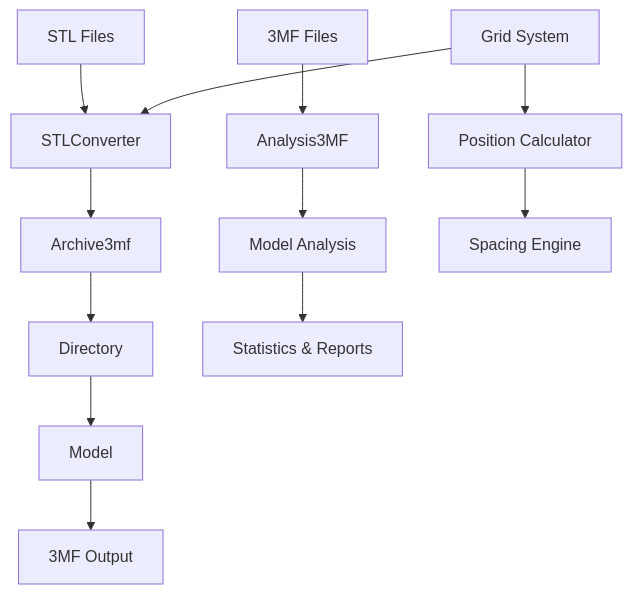
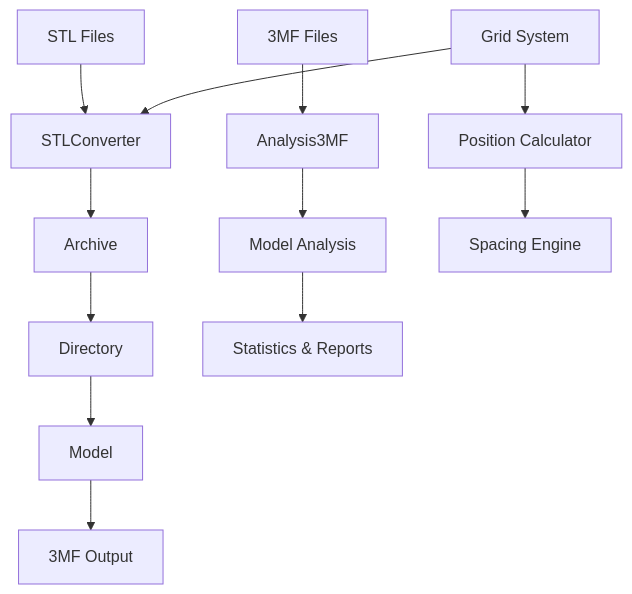
Before and after one commit to 42sol-eu/noah123d: the diagram in docs/index.md, drawn with Mermaid. The commit also changed 77 other files, not shown here.

````diff
--- a/docs/index.md
+++ b/docs/index.md
@@ -102,16 +102,16 @@
 ```mermaid
 graph TD
     A[STL Files] --> B[STLConverter]
-    B --> C[Archive3mf]
+    B --> C[Archive]
     C --> D[Directory]
     D --> E[Model]
     E --> F[3MF Output]
     
     G[3MF Files] --> H[Analysis3MF]
     H --> I[Model Analysis]
     I --> J[Statistics & Reports]
     
     K[Grid System] --> B
     K --> L[Position Calculator]
     L --> M[Spacing Engine]
 ```
````
